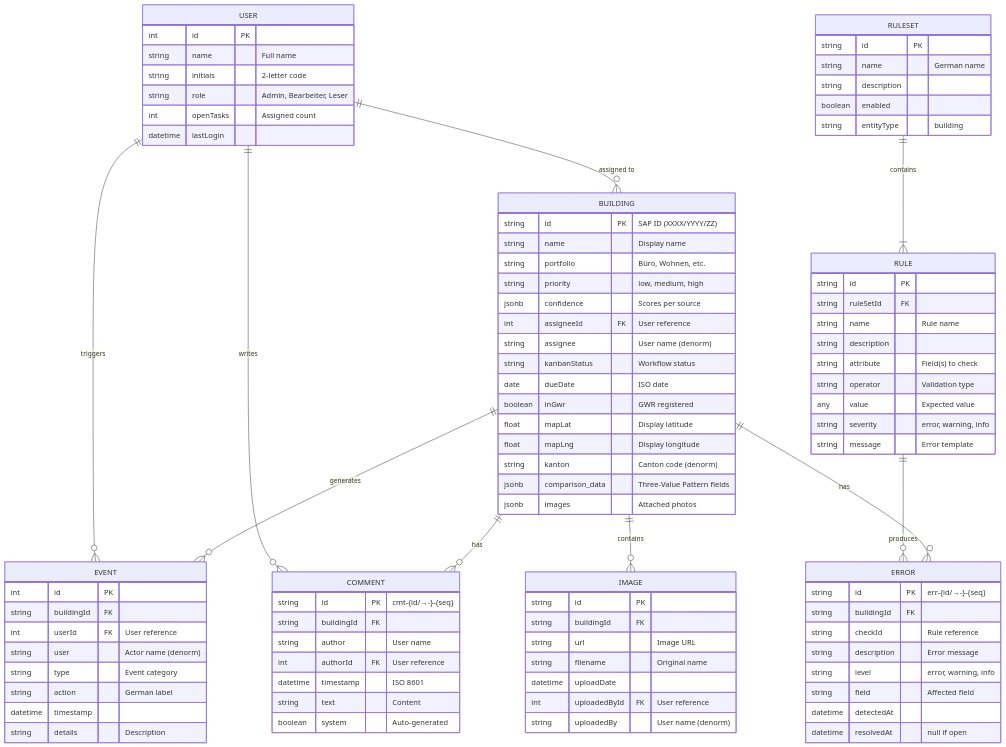
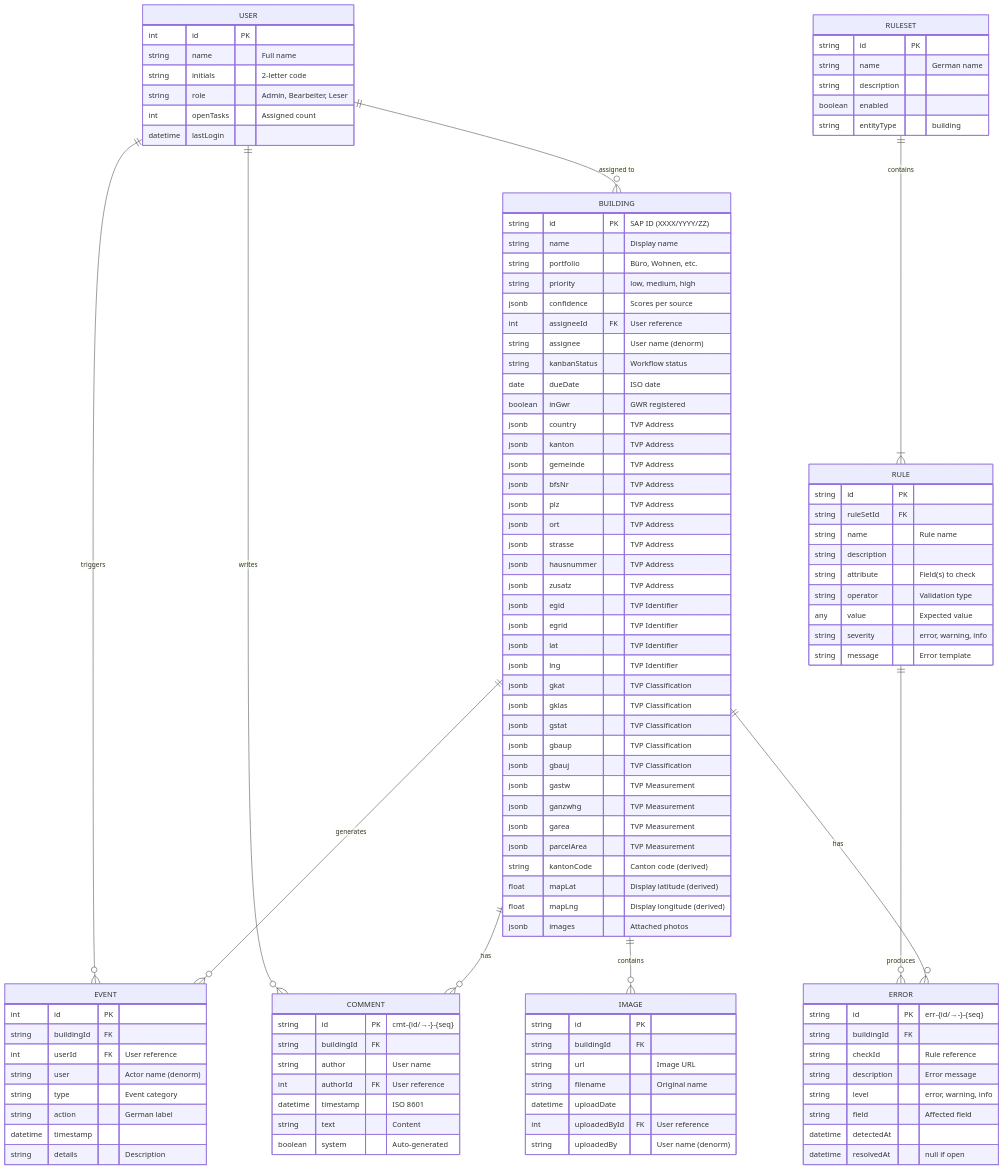
Before and after one commit to bbl-dres/geo-check: the second of 3 diagrams in docs/DATABASE.md, drawn with Mermaid. The commit also changed other lines of this file and 3 other files, not shown here.

```diff
--- a/docs/DATABASE.md
+++ b/docs/DATABASE.md
@@ -89,10 +96,31 @@
         string kanbanStatus "Workflow status"
         date dueDate "ISO date"
         boolean inGwr "GWR registered"
-        float mapLat "Display latitude"
-        float mapLng "Display longitude"
-        string kanton "Canton code (denorm)"
-        jsonb comparison_data "Three-Value Pattern fields"
+        jsonb country "TVP Address"
+        jsonb kanton "TVP Address"
+        jsonb gemeinde "TVP Address"
+        jsonb bfsNr "TVP Address"
+        jsonb plz "TVP Address"
+        jsonb ort "TVP Address"
+        jsonb strasse "TVP Address"
+        jsonb hausnummer "TVP Address"
+        jsonb zusatz "TVP Address"
+        jsonb egid "TVP Identifier"
+        jsonb egrid "TVP Identifier"
+        jsonb lat "TVP Identifier"
+        jsonb lng "TVP Identifier"
+        jsonb gkat "TVP Classification"
+        jsonb gklas "TVP Classification"
+        jsonb gstat "TVP Classification"
+        jsonb gbaup "TVP Classification"
+        jsonb gbauj "TVP Classification"
+        jsonb gastw "TVP Measurement"
+        jsonb ganzwhg "TVP Measurement"
+        jsonb garea "TVP Measurement"
+        jsonb parcelArea "TVP Measurement"
+        string kantonCode "Canton code (derived)"
+        float mapLat "Display latitude (derived)"
+        float mapLng "Display longitude (derived)"
         jsonb images "Attached photos"
     }
 
```
